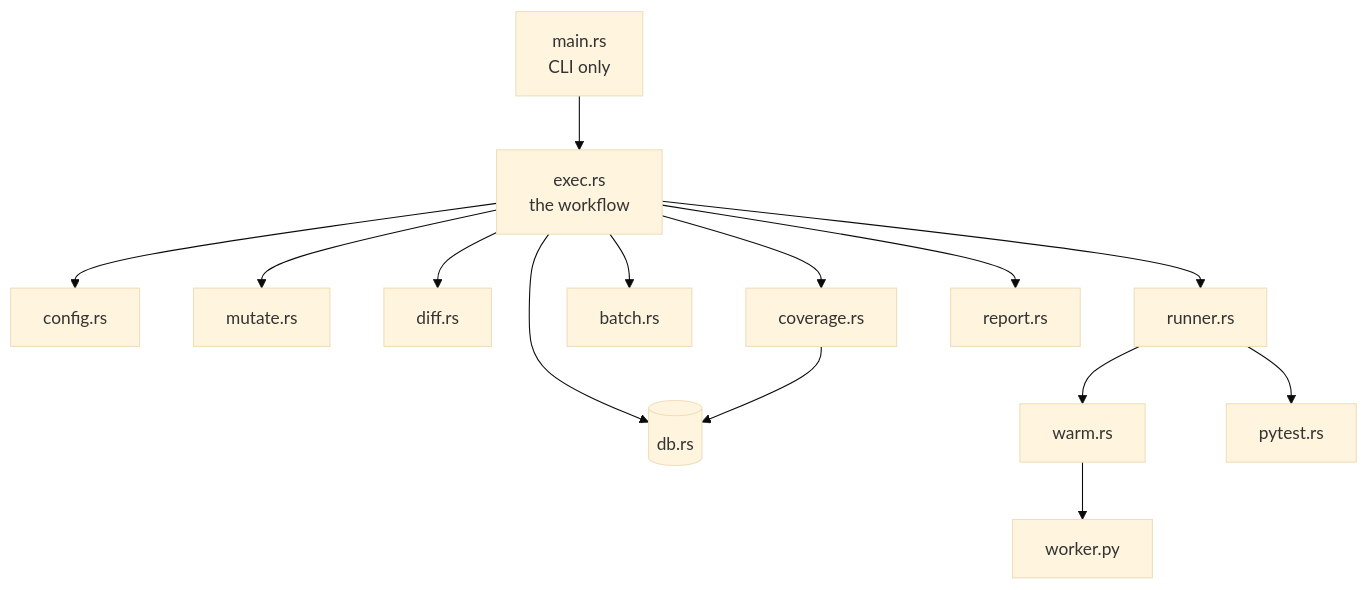
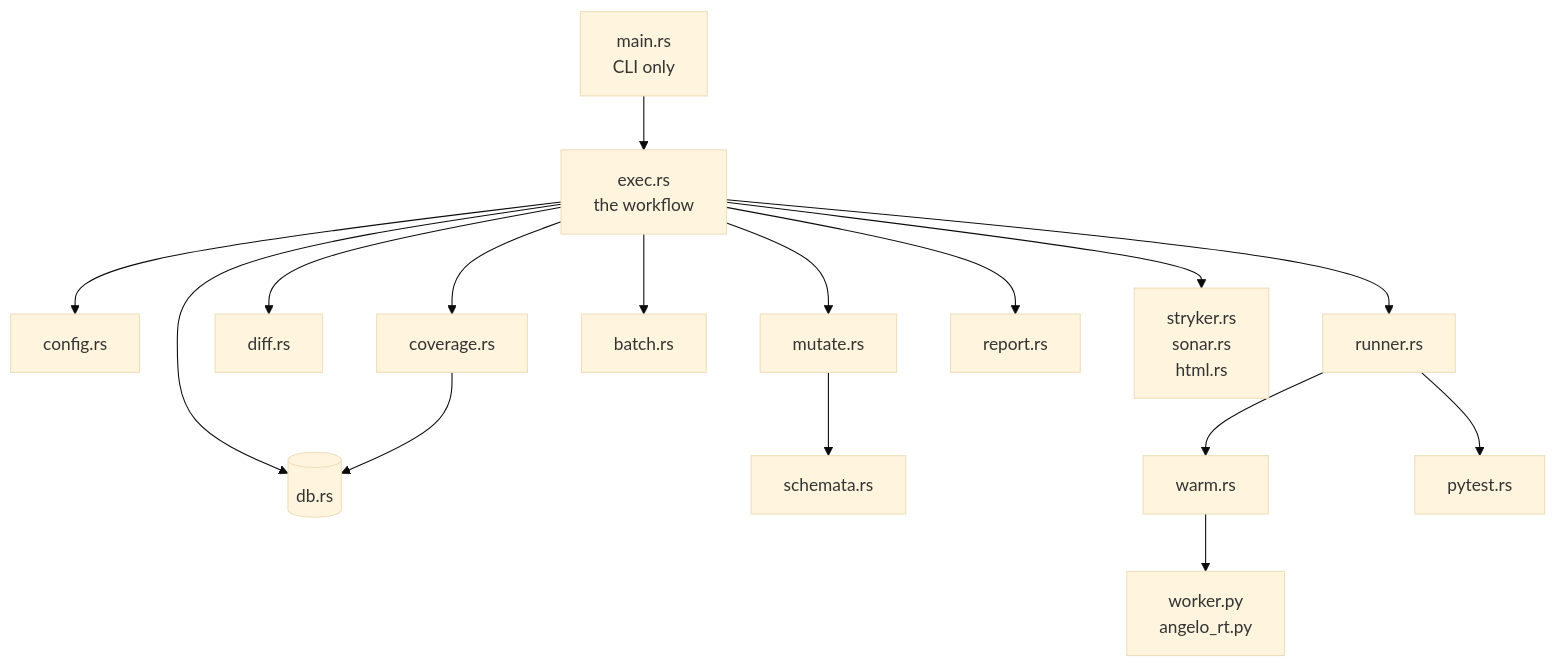
The first of 2 diagrams in docs/04-architecture.md (kvandeh/Angelo), drawn with Mermaid (base theme) before and after one commit. The commit also changed other lines of this file and 19 other files, not shown here.

````diff
--- a/docs/04-architecture.md
+++ b/docs/04-architecture.md
@@ -12,16 +24,18 @@
 ```mermaid
 flowchart TD
     main[main.rs<br/>CLI only] --> exec[exec.rs<br/>the workflow]
     exec --> config[config.rs]
     exec --> mutate[mutate.rs]
     exec --> diff[diff.rs]
     exec --> cov[coverage.rs]
     exec --> batch[batch.rs]
     exec --> runner[runner.rs]
     exec --> report[report.rs]
+    exec --> out[stryker.rs<br/>sonar.rs<br/>html.rs]
     exec --> db[(db.rs)]
+    mutate --> schemata[schemata.rs]
     runner --> warm[warm.rs]
     runner --> pytest[pytest.rs]
-    warm --> py[worker.py]
+    warm --> py[worker.py<br/>angelo_rt.py]
     cov --> db
 ```
````
